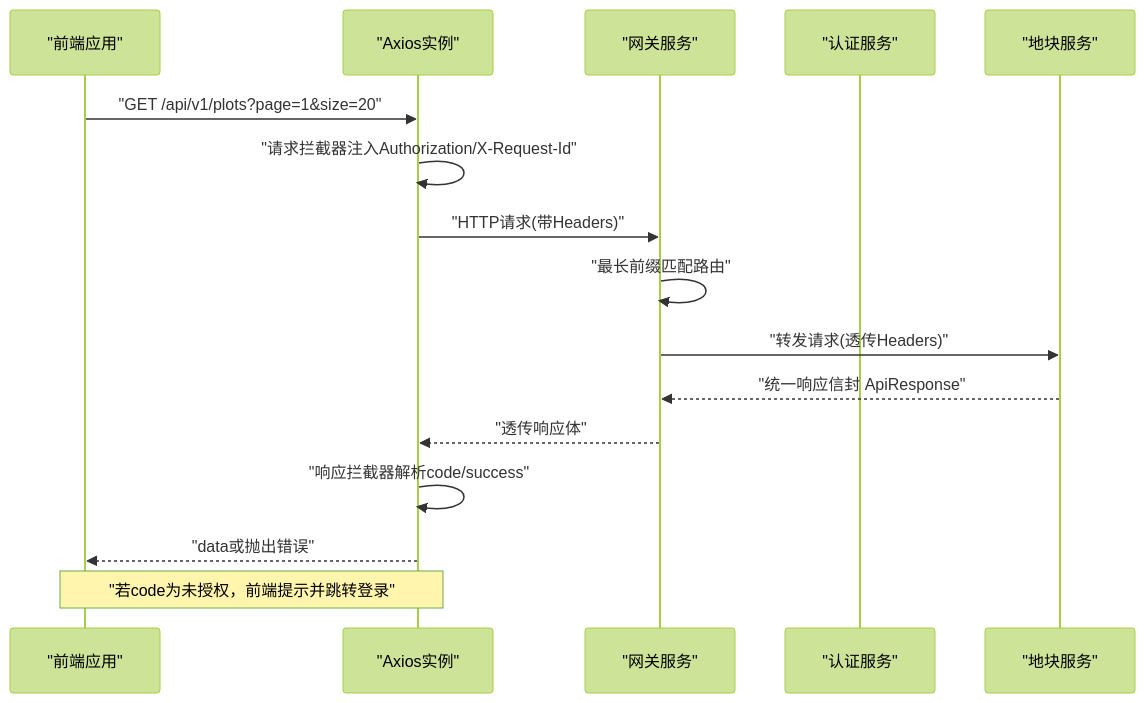
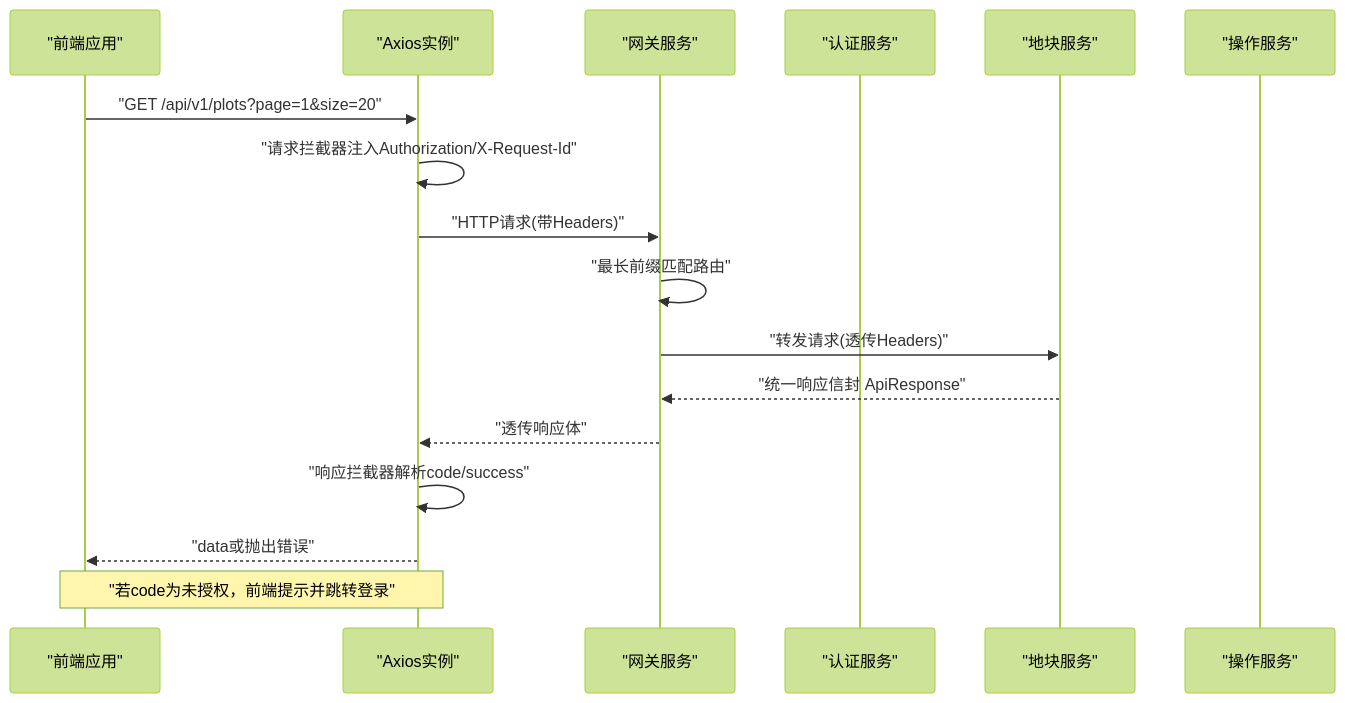
Before and after one commit to q446328246/agri-platform: the second of 12 diagrams in .qoder/repowiki/zh/content/前端应用文档/API集成.md, drawn with Mermaid (forest theme). The commit also changed other lines of this file and 68 other files, not shown here.

````diff
--- a/.qoder/repowiki/zh/content/前端应用文档/API集成.md
+++ b/.qoder/repowiki/zh/content/前端应用文档/API集成.md
@@ -83,18 +113,19 @@
 ```mermaid
 sequenceDiagram
 participant FE as "前端应用"
 participant AX as "Axios实例"
 participant GW as "网关服务"
 participant AUTH as "认证服务"
 participant PLOT as "地块服务"
+participant OPERATION as "操作服务"
 FE->>AX : "GET /api/v1/plots?page=1&size=20"
 AX->>AX : "请求拦截器注入Authorization/X-Request-Id"
 AX->>GW : "HTTP请求(带Headers)"
 GW->>GW : "最长前缀匹配路由"
 GW->>PLOT : "转发请求(透传Headers)"
 PLOT-->>GW : "统一响应信封 ApiResponse"
 GW-->>AX : "透传响应体"
 AX->>AX : "响应拦截器解析code/success"
 AX-->>FE : "data或抛出错误"
 Note over FE,AX : "若code为未授权，前端提示并跳转登录"
 ```
````
